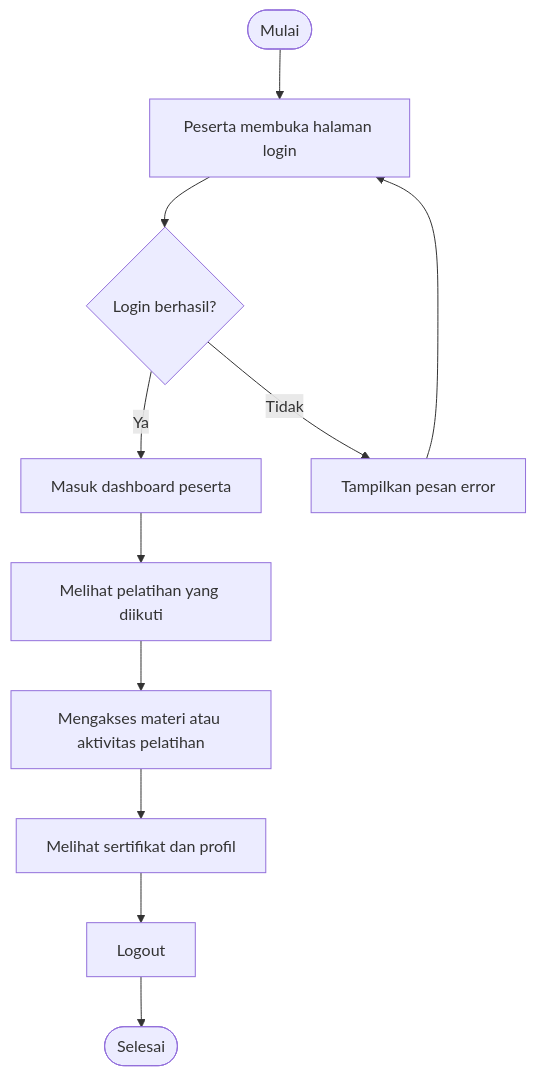
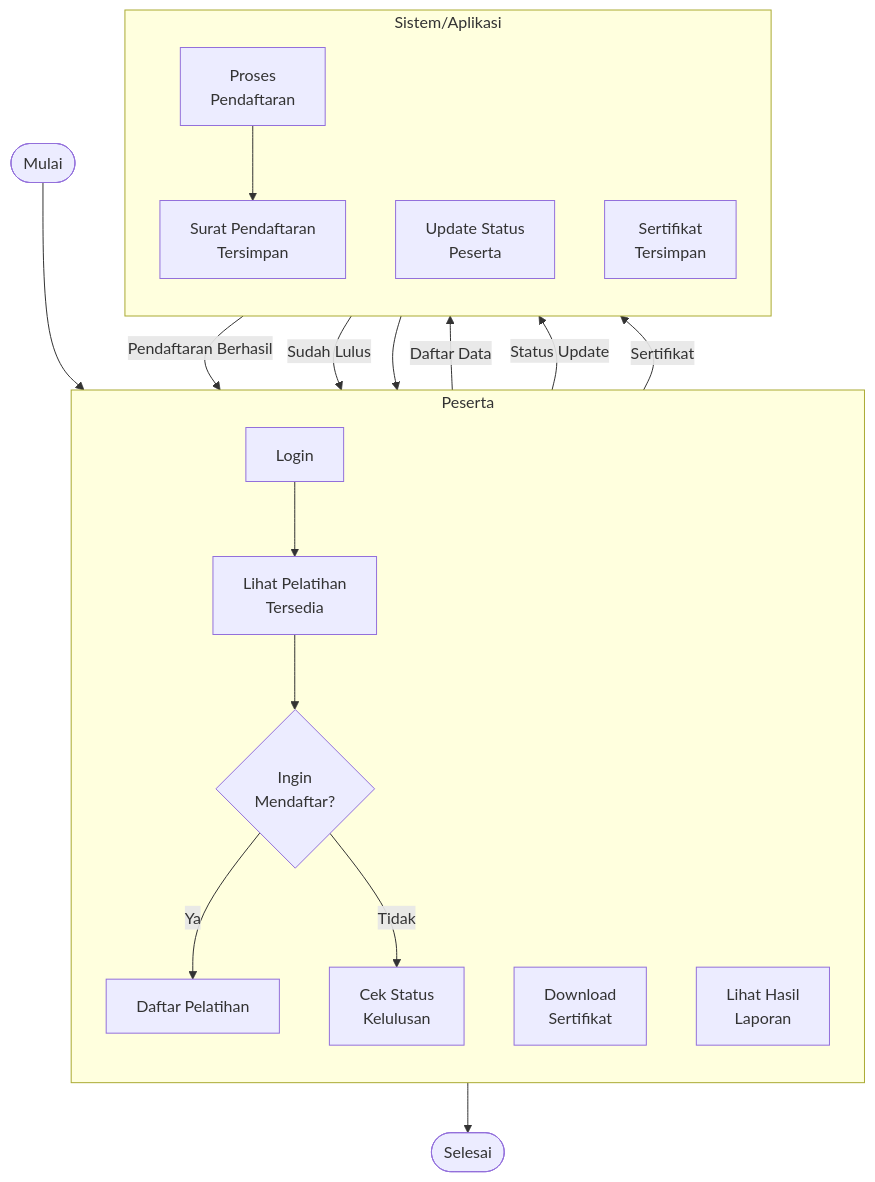
Before and after one commit to hafiz4m1/SISTEM_INFORMASI_MANAJEMEN_PELATIHAN_DAN_ALUMNI: the diagram in diagram/peserta_activity.mmd, drawn with Mermaid. The commit also changed 47 other files, not shown here.

```diff
--- a/diagram/peserta_activity.mmd
+++ b/diagram/peserta_activity.mmd
@@ -1,11 +1,37 @@
 flowchart TD
-    A([Mulai]) --> B[Peserta membuka halaman login]
-    B --> C{Login berhasil?}
-    C -- Ya --> D[Masuk dashboard peserta]
-    C -- Tidak --> E[Tampilkan pesan error]
-    E --> B
-    D --> F[Melihat pelatihan yang diikuti]
-    F --> G[Mengakses materi atau aktivitas pelatihan]
-    G --> H[Melihat sertifikat dan profil]
-    H --> I[Logout]
-    I --> J([Selesai])
+    Start([Mulai])
+    
+    subgraph Peserta["Peserta"]
+        direction TB
+        A[Login]
+        B[Lihat Pelatihan<br/>Tersedia]
+        C{Ingin<br/>Mendaftar?}
+        D[Daftar Pelatihan]
+        E[Cek Status<br/>Kelulusan]
+        F[Download<br/>Sertifikat]
+        G[Lihat Hasil<br/>Laporan]
+    end
+    
+    subgraph System["Sistem/Aplikasi"]
+        direction TB
+        X[Proses<br/>Pendaftaran]
+        Y[Surat Pendaftaran<br/>Tersimpan]
+        Z[Update Status<br/>Peserta]
+        W[Sertifikat<br/>Tersimpan]
+    end
+    
+    End([Selesai])
+    
+    Start --> A
+    A --> B
+    B --> C
+    C -->|Ya| D
+    C -->|Tidak| E
+    D -->|Daftar Data| X
+    X --> Y
+    Y -->|Pendaftaran Berhasil| E
+    E -->|Status Update| Z
+    Z -->|Sudah Lulus| F
+    F -->|Sertifikat| W
+    W --> G
+    G --> End
```
